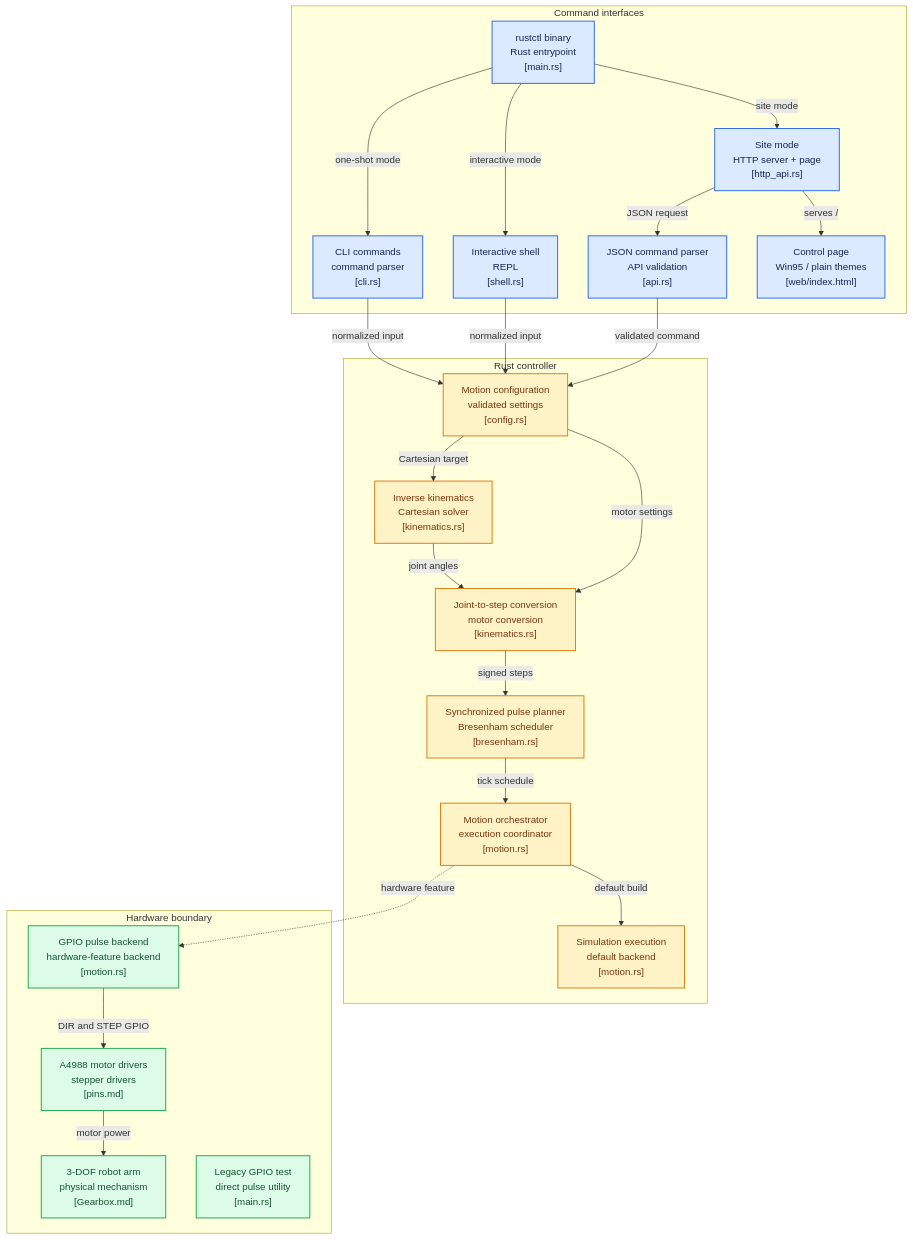
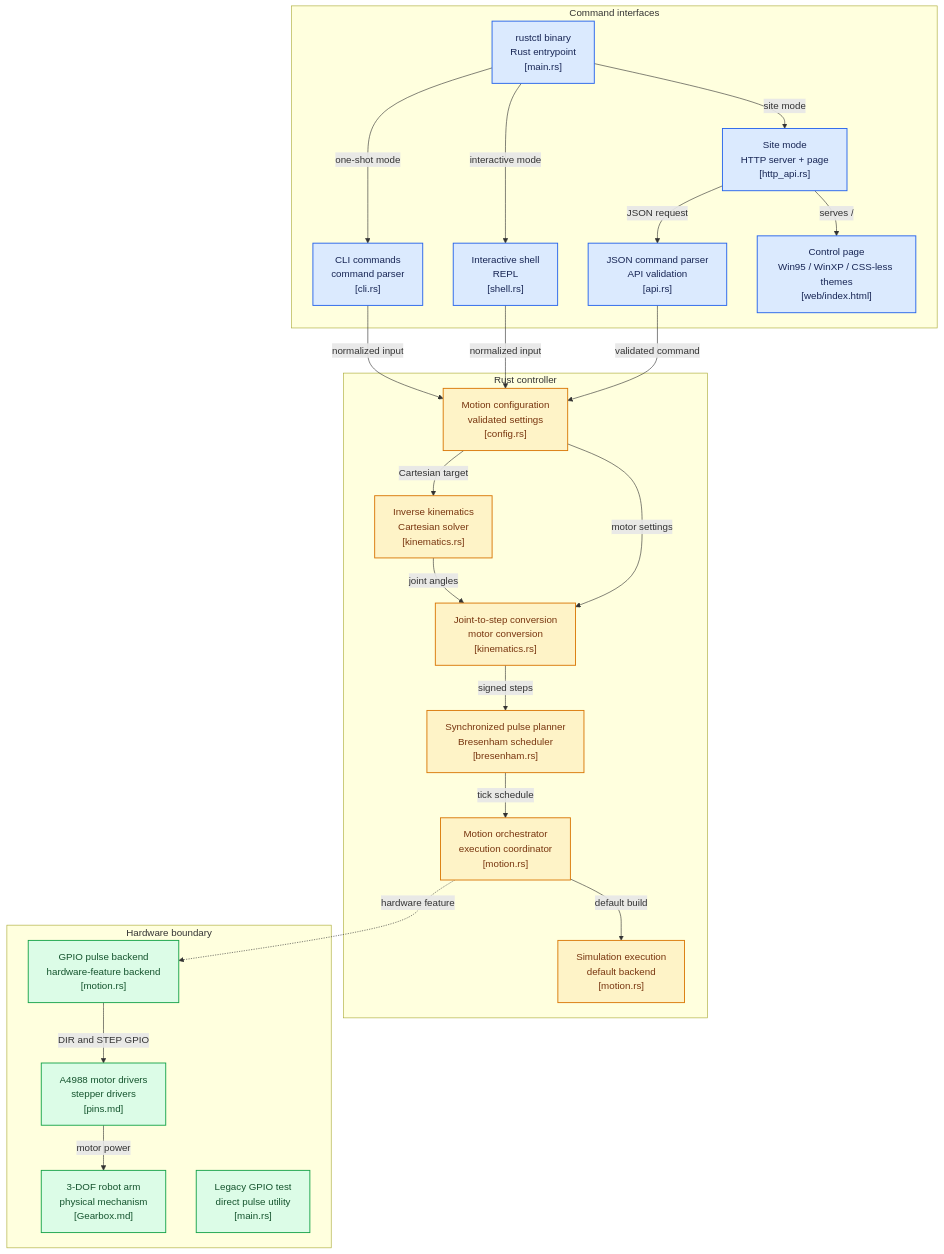
The third of 5 diagrams in README.md (Flxx94/Roboterarm-HASE), drawn with Mermaid before and after one commit. The commit also changed other lines of this file and 9 other files, not shown here.

````diff
--- a/README.md
+++ b/README.md
@@ -262,74 +262,74 @@
 ```mermaid
 flowchart TD
 
 subgraph group_interfaces["Command interfaces"]
   node_main["rustctl binary<br/>Rust entrypoint<br/>[main.rs]"]
   node_cli["CLI commands<br/>command parser<br/>[cli.rs]"]
   node_shell["Interactive shell<br/>REPL<br/>[shell.rs]"]
   node_http["Site mode<br/>HTTP server + page<br/>[http_api.rs]"]
   node_api["JSON command parser<br/>API validation<br/>[api.rs]"]
-  node_page["Control page<br/>Win95 / plain themes<br/>[web/index.html]"]
+  node_page["Control page<br/>Win95 / WinXP / CSS-less themes<br/>[web/index.html]"]
 end
 
 subgraph group_controller["Rust controller"]
   node_config["Motion configuration<br/>validated settings<br/>[config.rs]"]
   node_kinematics["Inverse kinematics<br/>Cartesian solver<br/>[kinematics.rs]"]
   node_step_conversion["Joint-to-step conversion<br/>motor conversion<br/>[kinematics.rs]"]
   node_planner["Synchronized pulse planner<br/>Bresenham scheduler<br/>[bresenham.rs]"]
   node_motion["Motion orchestrator<br/>execution coordinator<br/>[motion.rs]"]
   node_simulation["Simulation execution<br/>default backend<br/>[motion.rs]"]
 end
 
 subgraph group_hardware["Hardware boundary"]
   node_gpio_backend["GPIO pulse backend<br/>hardware-feature backend<br/>[motion.rs]"]
   node_drivers["A4988 motor drivers<br/>stepper drivers<br/>[pins.md]"]
   node_robot["3-DOF robot arm<br/>physical mechanism<br/>[Gearbox.md]"]
   node_gpio_test["Legacy GPIO test<br/>direct pulse utility<br/>[main.rs]"]
 end
 
 node_main -->|"one-shot mode"| node_cli
 node_main -->|"interactive mode"| node_shell
 node_main -->|"site mode"| node_http
 node_http -->|"serves /"| node_page
 node_http -->|"JSON request"| node_api
 node_cli -->|"normalized input"| node_config
 node_shell -->|"normalized input"| node_config
 node_api -->|"validated command"| node_config
 node_config -->|"Cartesian target"| node_kinematics
 node_kinematics -->|"joint angles"| node_step_conversion
 node_config -->|"motor settings"| node_step_conversion
 node_step_conversion -->|"signed steps"| node_planner
 node_planner -->|"tick schedule"| node_motion
 node_motion -->|"default build"| node_simulation
 node_motion -.->|"hardware feature"| node_gpio_backend
 node_gpio_backend -->|"DIR and STEP GPIO"| node_drivers
 node_drivers -->|"motor power"| node_robot
 
 click node_main "https://github.com/hase-hgv/roboterarm-hase/blob/main/rustctl/src/main.rs"
 click node_cli "https://github.com/hase-hgv/roboterarm-hase/blob/main/rustctl/src/cli.rs"
 click node_shell "https://github.com/hase-hgv/roboterarm-hase/blob/main/rustctl/src/shell.rs"
 click node_http "https://github.com/hase-hgv/roboterarm-hase/blob/main/rustctl/src/http_api.rs"
 click node_api "https://github.com/hase-hgv/roboterarm-hase/blob/main/rustctl/src/api.rs"
 click node_page "https://github.com/hase-hgv/roboterarm-hase/blob/main/rustctl/web/index.html"
 click node_config "https://github.com/hase-hgv/roboterarm-hase/blob/main/rustctl/src/config.rs"
 click node_kinematics "https://github.com/hase-hgv/roboterarm-hase/blob/main/rustctl/src/kinematics.rs"
 click node_step_conversion "https://github.com/hase-hgv/roboterarm-hase/blob/main/rustctl/src/kinematics.rs"
 click node_planner "https://github.com/hase-hgv/roboterarm-hase/blob/main/rustctl/src/bresenham.rs"
 click node_motion "https://github.com/hase-hgv/roboterarm-hase/blob/main/rustctl/src/motion.rs"
 click node_simulation "https://github.com/hase-hgv/roboterarm-hase/blob/main/rustctl/src/motion.rs"
 click node_gpio_backend "https://github.com/hase-hgv/roboterarm-hase/blob/main/rustctl/src/motion.rs"
 click node_drivers "https://github.com/hase-hgv/roboterarm-hase/blob/main/pins.md"
 click node_robot "https://github.com/hase-hgv/roboterarm-hase/blob/main/VI21-Anlagen/Gearbox.md"
 click node_gpio_test "https://github.com/hase-hgv/roboterarm-hase/blob/main/gpioTest/src/main.rs"
 
 classDef toneNeutral fill:#f8fafc,stroke:#334155,stroke-width:1.5px,color:#0f172a
 classDef toneBlue fill:#dbeafe,stroke:#2563eb,stroke-width:1.5px,color:#172554
 classDef toneAmber fill:#fef3c7,stroke:#d97706,stroke-width:1.5px,color:#78350f
 classDef toneMint fill:#dcfce7,stroke:#16a34a,stroke-width:1.5px,color:#14532d
 classDef toneRose fill:#ffe4e6,stroke:#e11d48,stroke-width:1.5px,color:#881337
 classDef toneIndigo fill:#e0e7ff,stroke:#4f46e5,stroke-width:1.5px,color:#312e81
 classDef toneTeal fill:#ccfbf1,stroke:#0f766e,stroke-width:1.5px,color:#134e4a
 class node_main,node_cli,node_shell,node_http,node_api,node_page toneBlue
 class node_config,node_kinematics,node_step_conversion,node_planner,node_motion,node_simulation toneAmber
 class node_gpio_backend,node_drivers,node_robot,node_gpio_test toneMint
 ```
````
